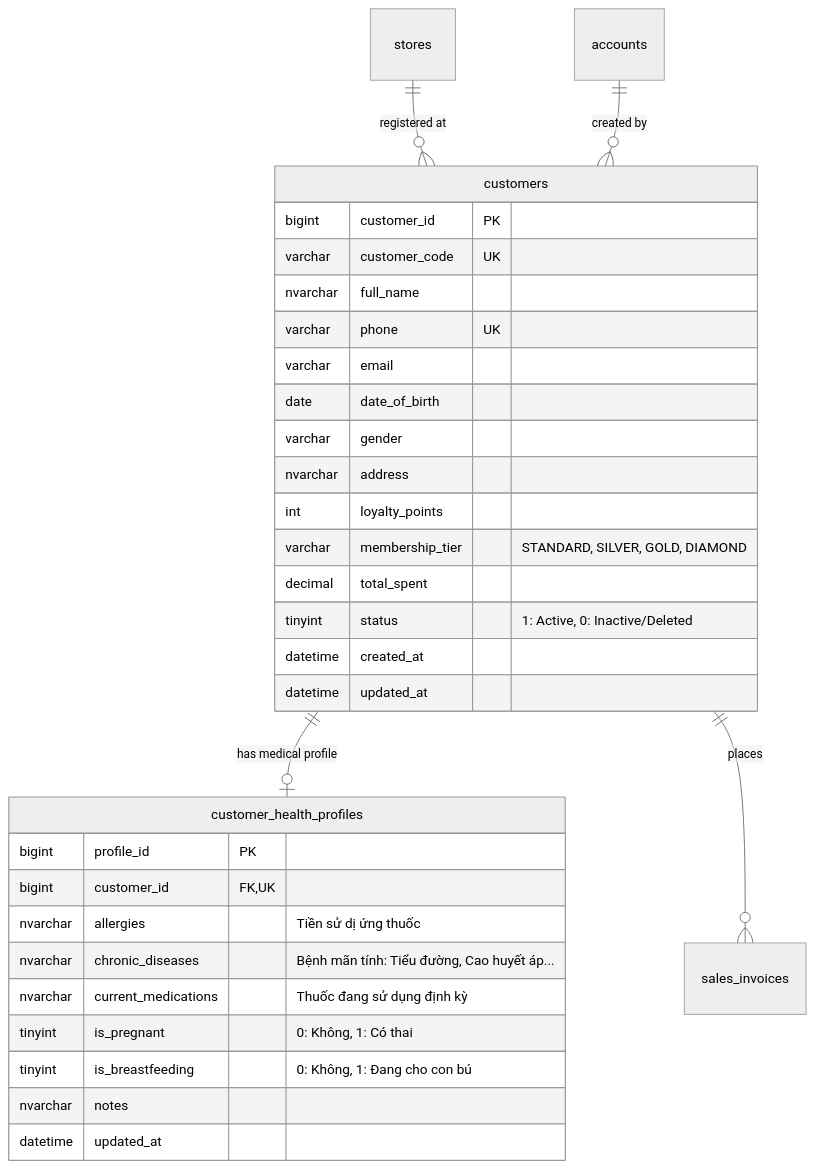
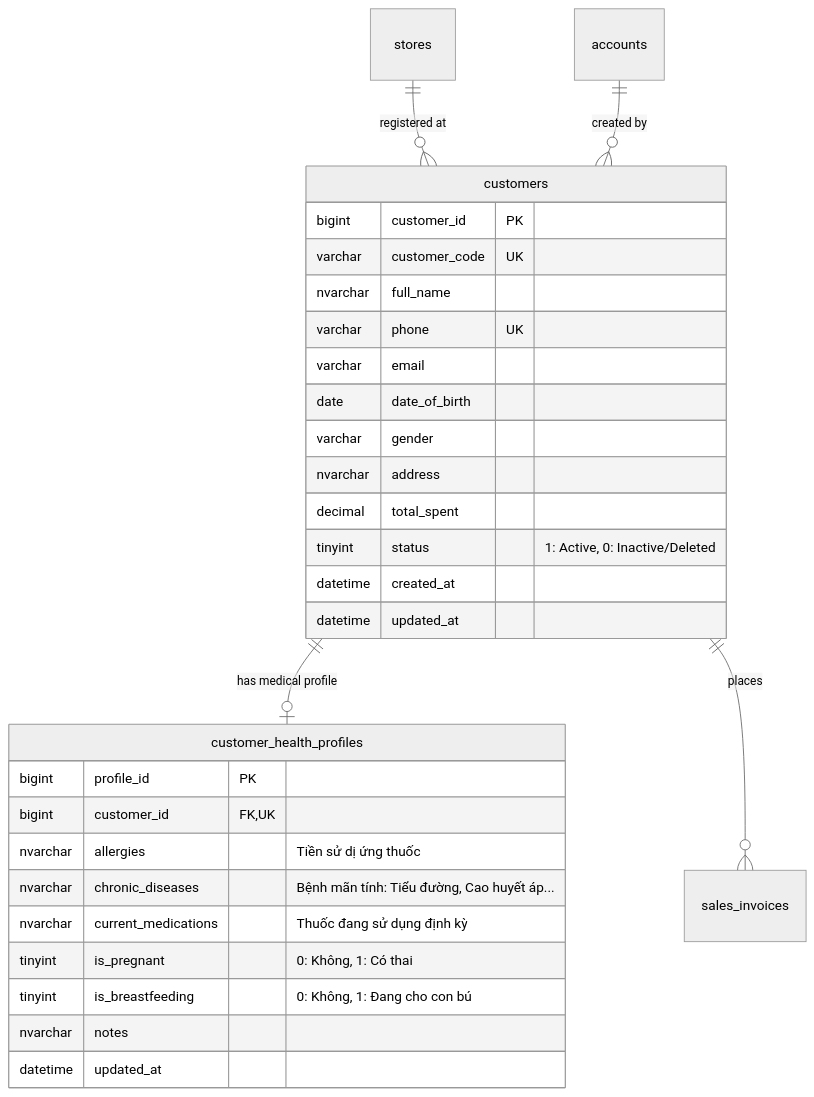
One commit to TuanNam1121/PharmacyManagementSystem changed the first of 2 diagrams in doc/customer_management/README.md. Above: the diagram before and after it, drawn with Mermaid (neutral theme). The commit also changed other lines of this file and 5 other files, not shown here.

Commit message:
docs(customer): remove membership tier and loyalty points from customer management specifications

````diff
--- a/doc/customer_management/README.md
+++ b/doc/customer_management/README.md
@@ -18,36 +17,34 @@
 ```mermaid
 erDiagram
     customers ||--o| customer_health_profiles : "has medical profile"
     customers ||--o{ sales_invoices : "places"
     stores ||--o{ customers : "registered at"
     accounts ||--o{ customers : "created by"
 
     customers {
         bigint customer_id PK
         varchar customer_code UK
         nvarchar full_name
         varchar phone UK
         varchar email
         date date_of_birth
         varchar gender
         nvarchar address
-        int loyalty_points
-        varchar membership_tier "STANDARD, SILVER, GOLD, DIAMOND"
         decimal total_spent
         tinyint status "1: Active, 0: Inactive/Deleted"
         datetime created_at
         datetime updated_at
     }
 
     customer_health_profiles {
         bigint profile_id PK
         bigint customer_id FK,UK
         nvarchar allergies "Tiền sử dị ứng thuốc"
         nvarchar chronic_diseases "Bệnh mãn tính: Tiểu đường, Cao huyết áp..."
         nvarchar current_medications "Thuốc đang sử dụng định kỳ"
         tinyint is_pregnant "0: Không, 1: Có thai"
         tinyint is_breastfeeding "0: Không, 1: Đang cho con bú"
         nvarchar notes
         datetime updated_at
     }
 ```
````
